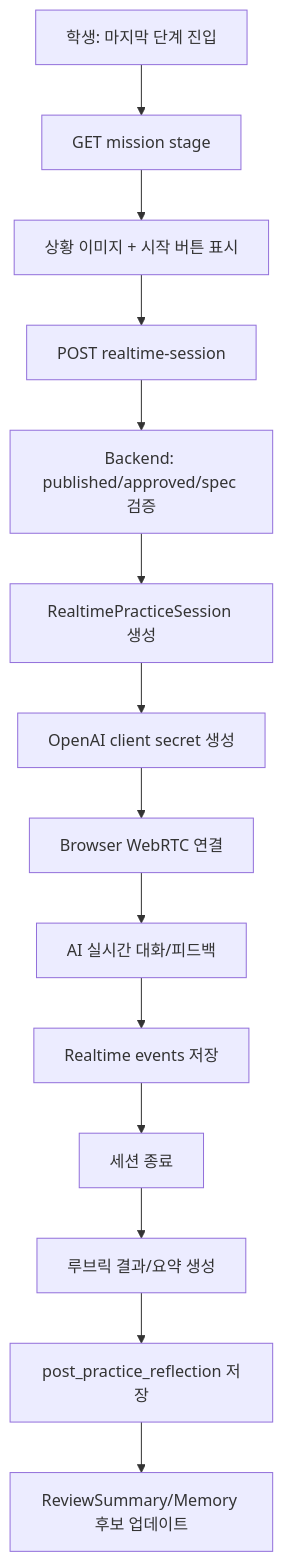
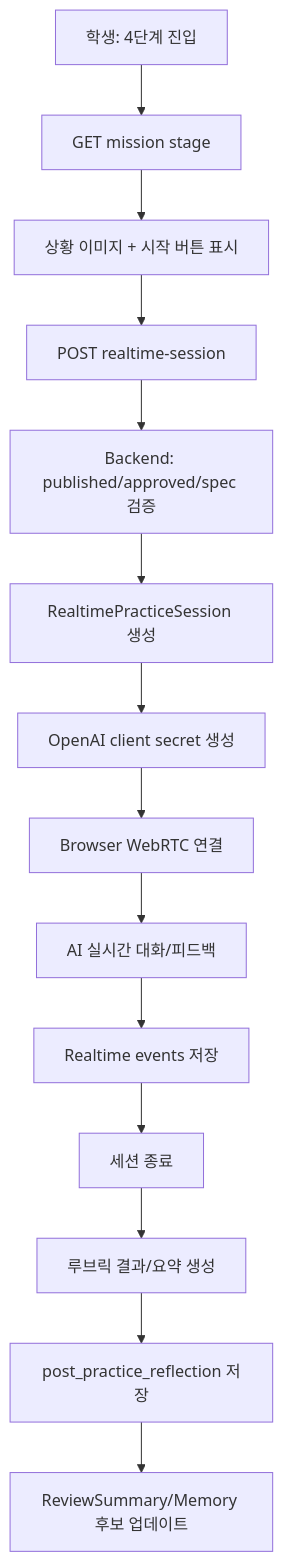
Before and after one commit to Germ-y/Education_AI_Demo: the diagram in docs/07-realtime-practice-spec.md, drawn with Mermaid. The commit also changed other lines of this file and 6 other files, not shown here.

````diff
--- a/docs/07-realtime-practice-spec.md
+++ b/docs/07-realtime-practice-spec.md
@@ -155,16 +155,16 @@
 ```mermaid
 flowchart TD
-  A["학생: 마지막 단계 진입"] --> B["GET mission stage"]
+  A["학생: 4단계 진입"] --> B["GET mission stage"]
   B --> C["상황 이미지 + 시작 버튼 표시"]
   C --> D["POST realtime-session"]
   D --> E["Backend: published/approved/spec 검증"]
   E --> F["RealtimePracticeSession 생성"]
   F --> G["OpenAI client secret 생성"]
   G --> H["Browser WebRTC 연결"]
   H --> I["AI 실시간 대화/피드백"]
   I --> J["Realtime events 저장"]
   J --> K["세션 종료"]
   K --> L["루브릭 결과/요약 생성"]
   L --> M["post_practice_reflection 저장"]
   M --> N["ReviewSummary/Memory 후보 업데이트"]
 ```
````
